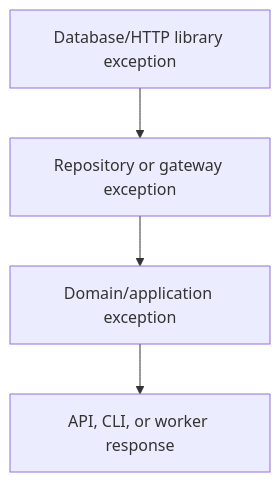
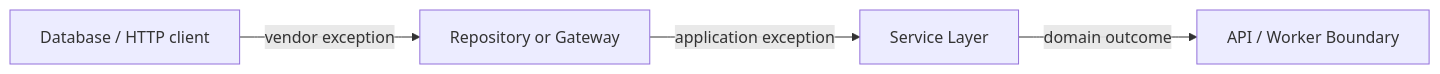
Before and after one commit to AvadhBhalodiya/Interview-Preparation: the third of 3 diagrams in src/content/python/exception-handling.md, drawn with Mermaid. The commit also changed other lines of this file and 80 other files, not shown here.

````diff
--- a/src/content/python/exception-handling.md
+++ b/src/content/python/exception-handling.md
@@ -628,6 +379,6 @@
 ```mermaid
-flowchart TD
-    A["Database/HTTP library exception"] --> B[Repository or gateway exception]
-    B --> C["Domain/application exception"]
-    C --> D["API, CLI, or worker response"]
+flowchart LR
+    A[Database / HTTP client] -->|vendor exception| B[Repository or Gateway]
+    B -->|application exception| C[Service Layer]
+    C -->|domain outcome| D[API / Worker Boundary]
 ```
````
